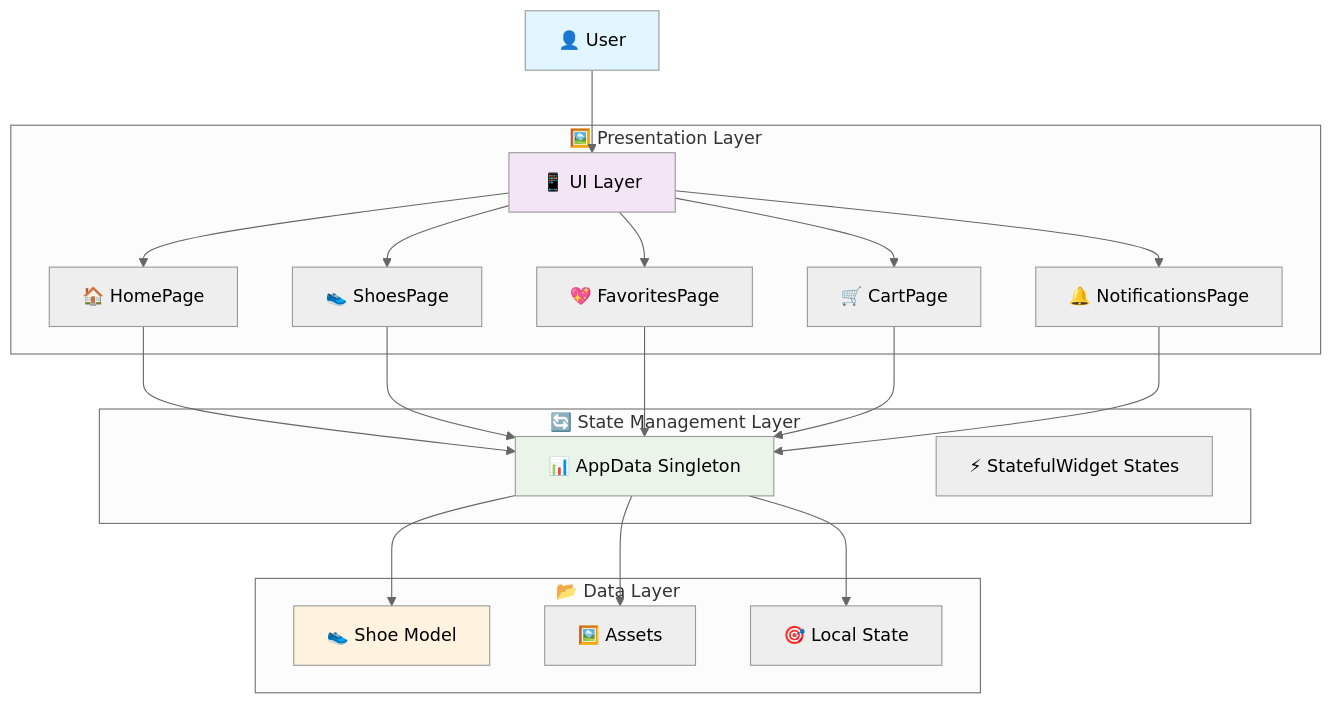
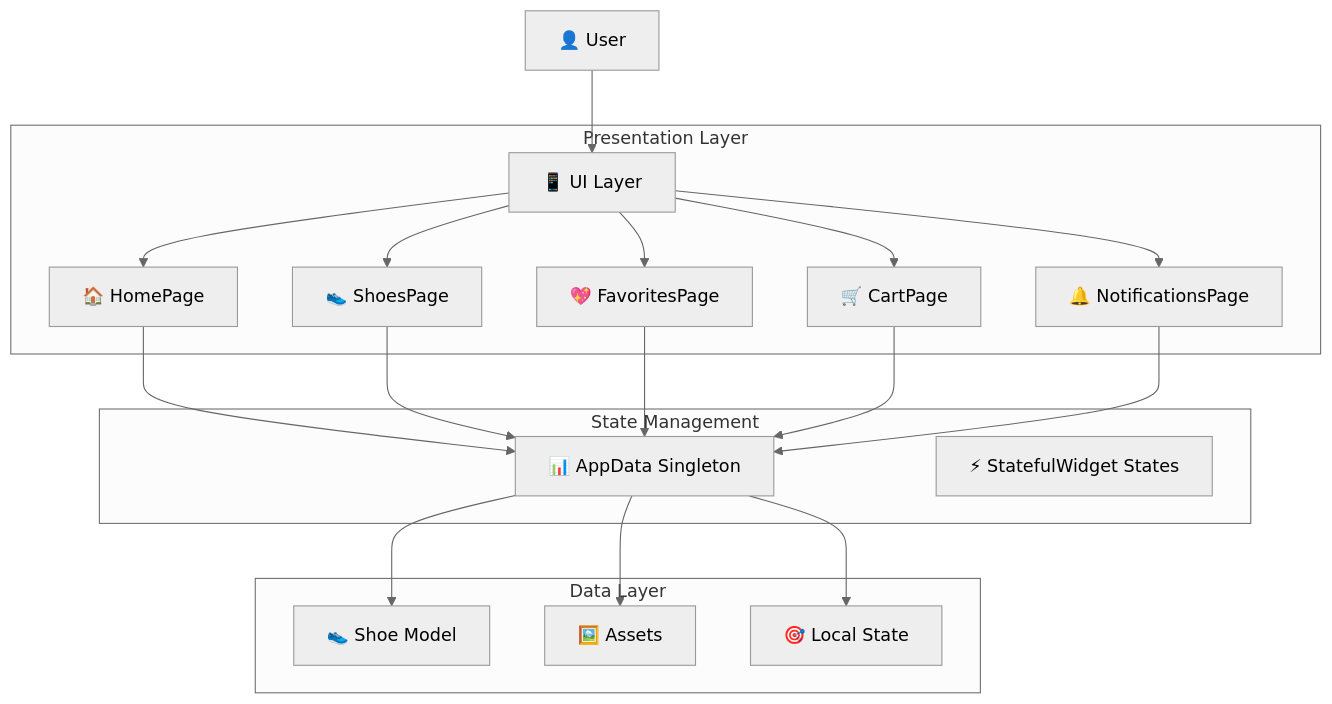
Before and after one commit to Sandarsh18/Ecommerce-shoes: the first of 22 diagrams in README.md, drawn with Mermaid (neutral theme). The commit also changed other lines of this file, not shown here.

````diff
--- a/README.md
+++ b/README.md
@@ -92,38 +92,33 @@
 ```mermaid
 graph TB
     A[👤 User] --> B[📱 UI Layer]
     
-    subgraph "🖼️ Presentation Layer"
+    subgraph "Presentation Layer"
         B --> C[🏠 HomePage]
         B --> D[👟 ShoesPage]
         B --> E[💖 FavoritesPage]
         B --> F[🛒 CartPage]
         B --> G[🔔 NotificationsPage]
     end
     
-    subgraph "🔄 State Management Layer"
+    subgraph "State Management"
         H[📊 AppData Singleton]
         I[⚡ StatefulWidget States]
     end
     
-    subgraph "📂 Data Layer"
+    subgraph "Data Layer"
         J[👟 Shoe Model]
         K[🖼️ Assets]
         L[🎯 Local State]
     end
     
     C --> H
     D --> H
     E --> H
     F --> H
     G --> H
     
     H --> J
     H --> K
     H --> L
-    
-    style A fill:#e1f5fe
-    style B fill:#f3e5f5
-    style H fill:#e8f5e8
-    style J fill:#fff3e0
 ```
````
